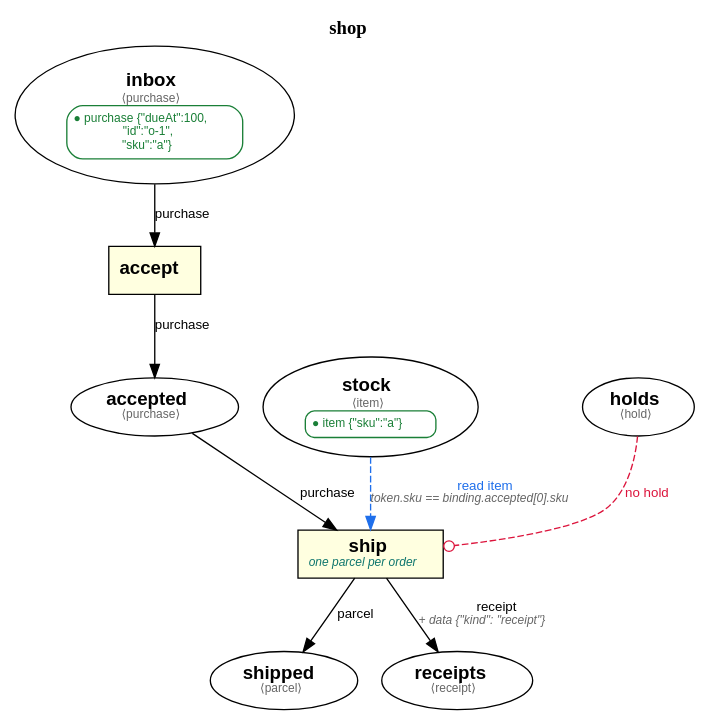
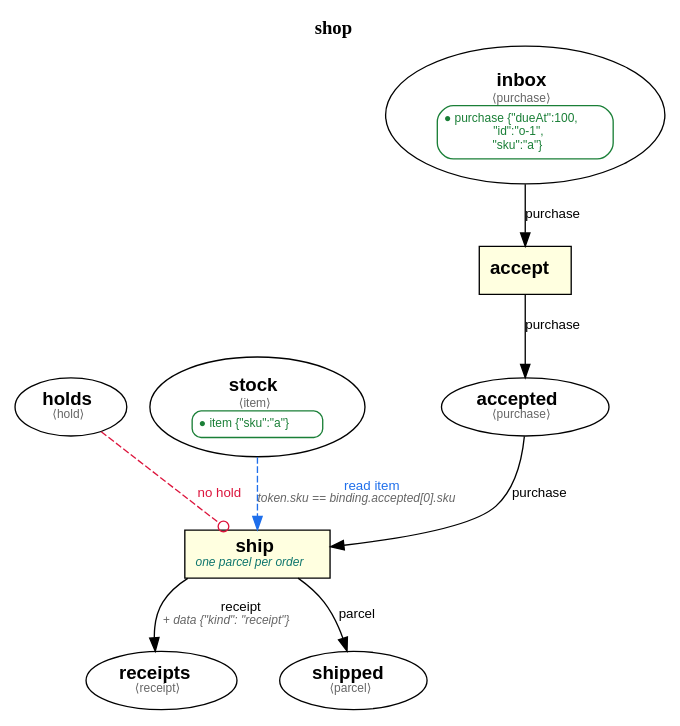
Before and after one commit to matthewryanscott/velocitron: the first of 5 diagrams in implementations/python/tests/fixtures/play/shop.walkthrough.md, drawn with Graphviz. The commit also changed other lines of this file and 18 other files, not shown here.

````diff
--- a/implementations/python/tests/fixtures/play/shop.walkthrough.md
+++ b/implementations/python/tests/fixtures/play/shop.walkthrough.md
@@ -10,26 +10,26 @@
 ```dot
 digraph net {
     rankdir=TB;
     label=<<b>shop</b>>; labelloc=t;
     node [fontname="Helvetica"];
     edge [fontname="Helvetica", fontsize=10];
 
+    "holds" [shape=ellipse, label=<<b>holds</b><br/><font point-size="9" color="#666666">&#10216;hold&#10217;</font>>];
     "inbox" [shape=ellipse, label=<<table border="0" cellborder="0" cellspacing="0" cellpadding="0"><tr><td align="center"><b>inbox</b></td></tr><tr><td align="center"><font point-size="9" color="#666666">&#10216;purchase&#10217;</font></td></tr><tr><td align="center"><table border="1" cellborder="0" cellspacing="0" cellpadding="4" style="rounded" color="#1a7f37"><tr><td align="left"><font point-size="9" color="#1a7f37">● purchase {"dueAt":100,<br/>"id":"o-1",<br/>"sku":"a"}</font></td></tr></table></td></tr></table>>, tooltip="purchase {\"dueAt\":100,\"id\":\"o-1\",\"sku\":\"a\"}"];
+    "stock" [shape=ellipse, label=<<table border="0" cellborder="0" cellspacing="0" cellpadding="0"><tr><td align="center"><b>stock</b></td></tr><tr><td align="center"><font point-size="9" color="#666666">&#10216;item&#10217;</font></td></tr><tr><td align="center"><table border="1" cellborder="0" cellspacing="0" cellpadding="4" style="rounded" color="#1a7f37"><tr><td align="left"><font point-size="9" color="#1a7f37">● item {"sku":"a"}</font></td></tr></table></td></tr></table>>, tooltip="item {\"sku\":\"a\"}"];
     "accepted" [shape=ellipse, label=<<b>accepted</b><br/><font point-size="9" color="#666666">&#10216;purchase&#10217;</font>>];
+    "receipts" [shape=ellipse, label=<<b>receipts</b><br/><font point-size="9" color="#666666">&#10216;receipt&#10217;</font>>];
     "shipped" [shape=ellipse, label=<<b>shipped</b><br/><font point-size="9" color="#666666">&#10216;parcel&#10217;</font>>];
-    "stock" [shape=ellipse, label=<<table border="0" cellborder="0" cellspacing="0" cellpadding="0"><tr><td align="center"><b>stock</b></td></tr><tr><td align="center"><font point-size="9" color="#666666">&#10216;item&#10217;</font></td></tr><tr><td align="center"><table border="1" cellborder="0" cellspacing="0" cellpadding="4" style="rounded" color="#1a7f37"><tr><td align="left"><font point-size="9" color="#1a7f37">● item {"sku":"a"}</font></td></tr></table></td></tr></table>>, tooltip="item {\"sku\":\"a\"}"];
-    "holds" [shape=ellipse, label=<<b>holds</b><br/><font point-size="9" color="#666666">&#10216;hold&#10217;</font>>];
-    "receipts" [shape=ellipse, label=<<b>receipts</b><br/><font point-size="9" color="#666666">&#10216;receipt&#10217;</font>>];
 
     "accept" [shape=box, style=filled, fillcolor=lightyellow, label=<<b>accept</b>>];
     "ship" [shape=box, style=filled, fillcolor=lightyellow, label=<<b>ship</b><br/><font point-size="9" color="#0F766E"><i>one parcel per order</i></font>>];
 
+    "holds" -> "ship" [label=<<font point-size="10"><font color="crimson">no hold</font></font>>, arrowhead=odot, color="crimson", style=dashed];
     "inbox" -> "accept" [label=<<font point-size="10">purchase</font>>];
+    "stock" -> "ship" [label=<<font point-size="10"><font color="#1f6feb">read item</font></font><br/><font point-size="9" color="#666666"><i>token.sku == binding.accepted[0].sku</i></font>>, color="#1f6feb", style=dashed];
     "accept" -> "accepted" [label=<<font point-size="10">purchase</font>>];
+    "ship" -> "receipts" [label=<<font point-size="10">receipt</font><br/><font point-size="9" color="#666666"><i>+ data {"kind": "receipt"}</i></font>>];
+    "ship" -> "shipped" [label=<<font point-size="10">parcel</font>>];
     "accepted" -> "ship" [label=<<font point-size="10">purchase</font>>];
-    "ship" -> "shipped" [label=<<font point-size="10">parcel</font>>];
-    "stock" -> "ship" [label=<<font point-size="10"><font color="#1f6feb">read item</font></font><br/><font point-size="9" color="#666666"><i>token.sku == binding.accepted[0].sku</i></font>>, color="#1f6feb", style=dashed];
-    "holds" -> "ship" [label=<<font point-size="10"><font color="crimson">no hold</font></font>>, arrowhead=odot, color="crimson", style=dashed];
-    "ship" -> "receipts" [label=<<font point-size="10">receipt</font><br/><font point-size="9" color="#666666"><i>+ data {"kind": "receipt"}</i></font>>];
 }
 ```
````
